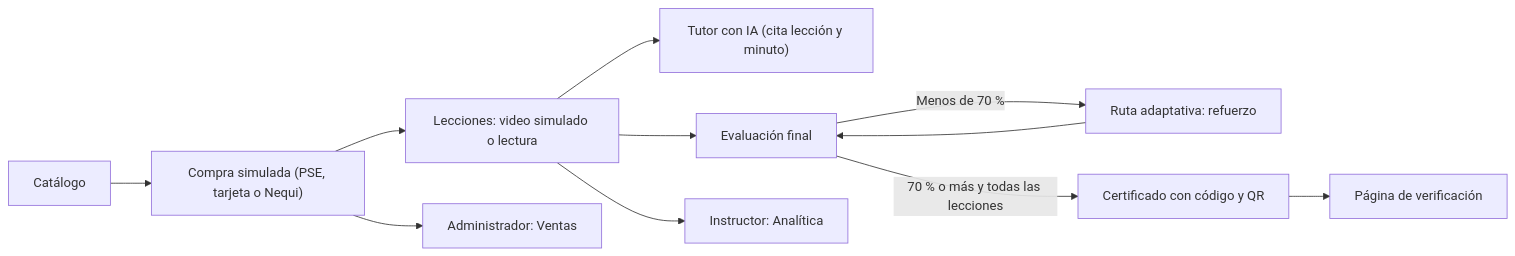
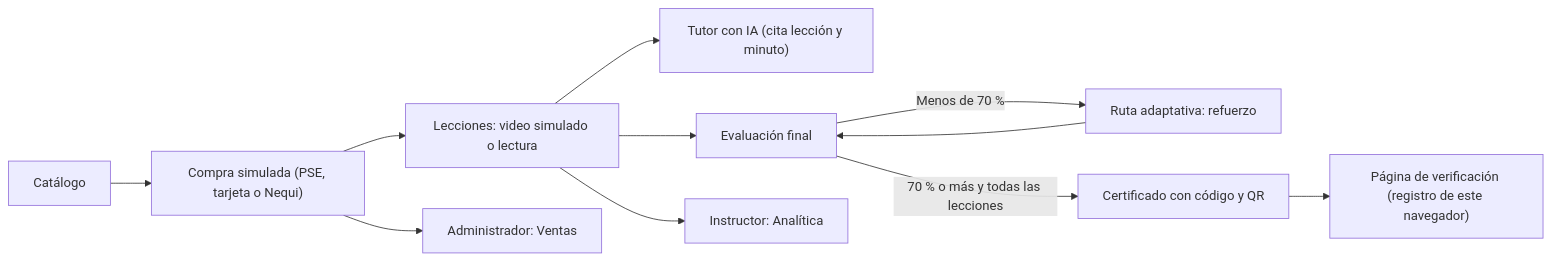
Before and after one commit to ronalc90/koptup: the first of 3 diagrams in docs/wiki/Guia-Demo-lms.md, drawn with Mermaid. The commit also changed other lines of this file and 46 other files, not shown here.

````diff
--- a/docs/wiki/Guia-Demo-lms.md
+++ b/docs/wiki/Guia-Demo-lms.md
@@ -25,13 +31,13 @@
 ```mermaid
 flowchart LR
     CAT["Catálogo"] --> COM["Compra simulada (PSE, tarjeta o Nequi)"]
     COM --> LEC["Lecciones: video simulado o lectura"]
     LEC --> TUT["Tutor con IA (cita lección y minuto)"]
     LEC --> EVA["Evaluación final"]
     EVA -- "Menos de 70 %" --> REF["Ruta adaptativa: refuerzo"]
     REF --> EVA
     EVA -- "70 % o más y todas las lecciones" --> CER["Certificado con código y QR"]
-    CER --> VER["Página de verificación"]
+    CER --> VER["Página de verificación (registro de este navegador)"]
     COM --> VEN["Administrador: Ventas"]
     LEC --> ANA["Instructor: Analítica"]
 ```
````
